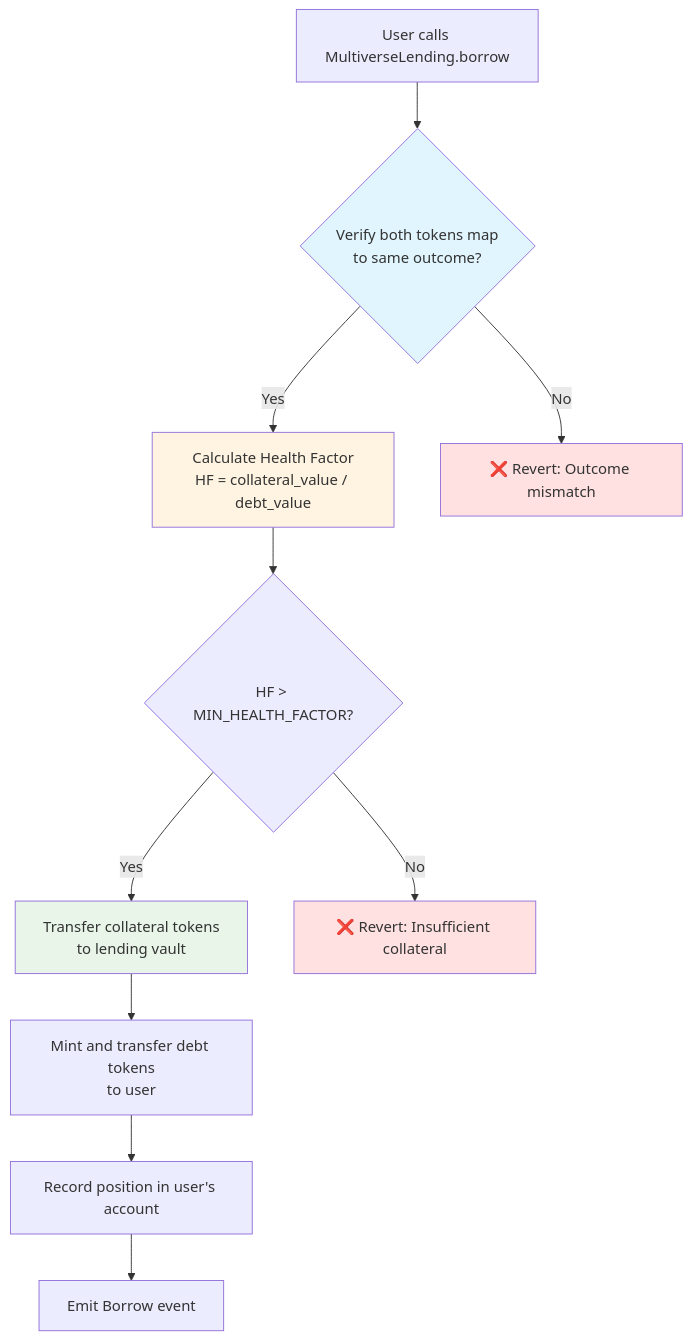
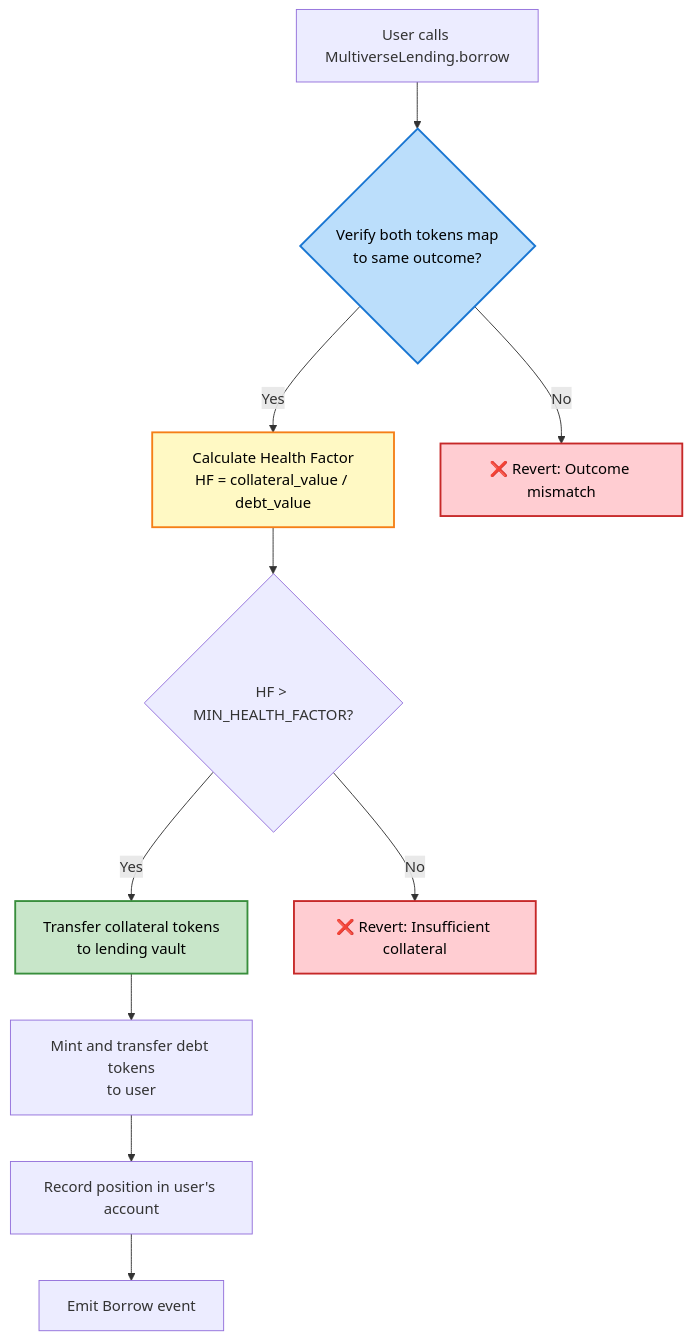
The fourth of 5 diagrams in README.md (Sarnav07/omniverse), drawn with Mermaid before and after one commit. The commit also changed other lines of this file, not shown here.

First line of the commit message:
docs: improve Mermaid diagram contrast with darker colors

````diff
--- a/README.md
+++ b/README.md
@@ -384,18 +384,18 @@
 ```mermaid
 flowchart TD
     A[User calls MultiverseLending.borrow] --> B{Verify both tokens map<br/>to same outcome?}
     B -->|Yes| C[Calculate Health Factor<br/>HF = collateral_value / debt_value]
     B -->|No| X[❌ Revert: Outcome mismatch]
     C --> D{HF > MIN_HEALTH_FACTOR?}
     D -->|Yes| E[Transfer collateral tokens<br/>to lending vault]
     D -->|No| Y[❌ Revert: Insufficient collateral]
     E --> F[Mint and transfer debt tokens<br/>to user]
     F --> G[Record position in user's account]
     G --> H[Emit Borrow event]
     
-    style B fill:#e1f5ff
-    style C fill:#fff4e1
-    style E fill:#e8f5e8
-    style X fill:#ffe1e1
-    style Y fill:#ffe1e1
+    style B fill:#bbdefb,stroke:#1976d2,stroke-width:2px,color:#000
+    style C fill:#fff9c4,stroke:#f57f17,stroke-width:2px,color:#000
+    style E fill:#c8e6c9,stroke:#388e3c,stroke-width:2px,color:#000
+    style X fill:#ffcdd2,stroke:#c62828,stroke-width:2px,color:#000
+    style Y fill:#ffcdd2,stroke:#c62828,stroke-width:2px,color:#000
 ```
````
